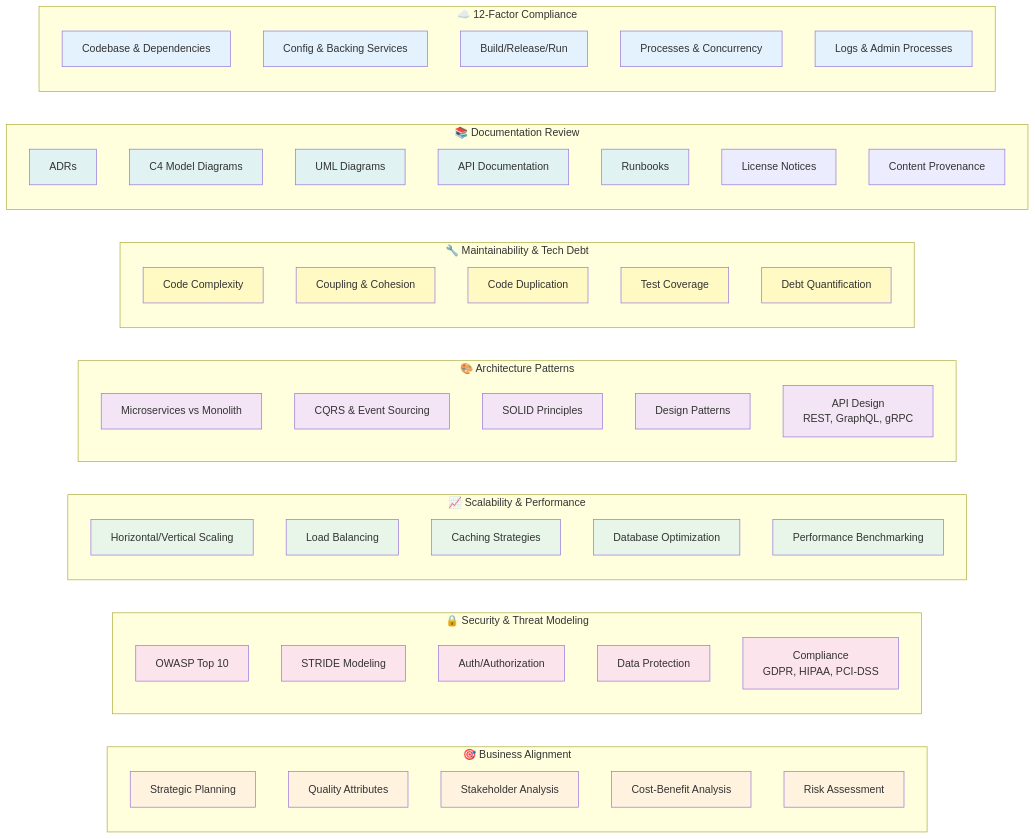
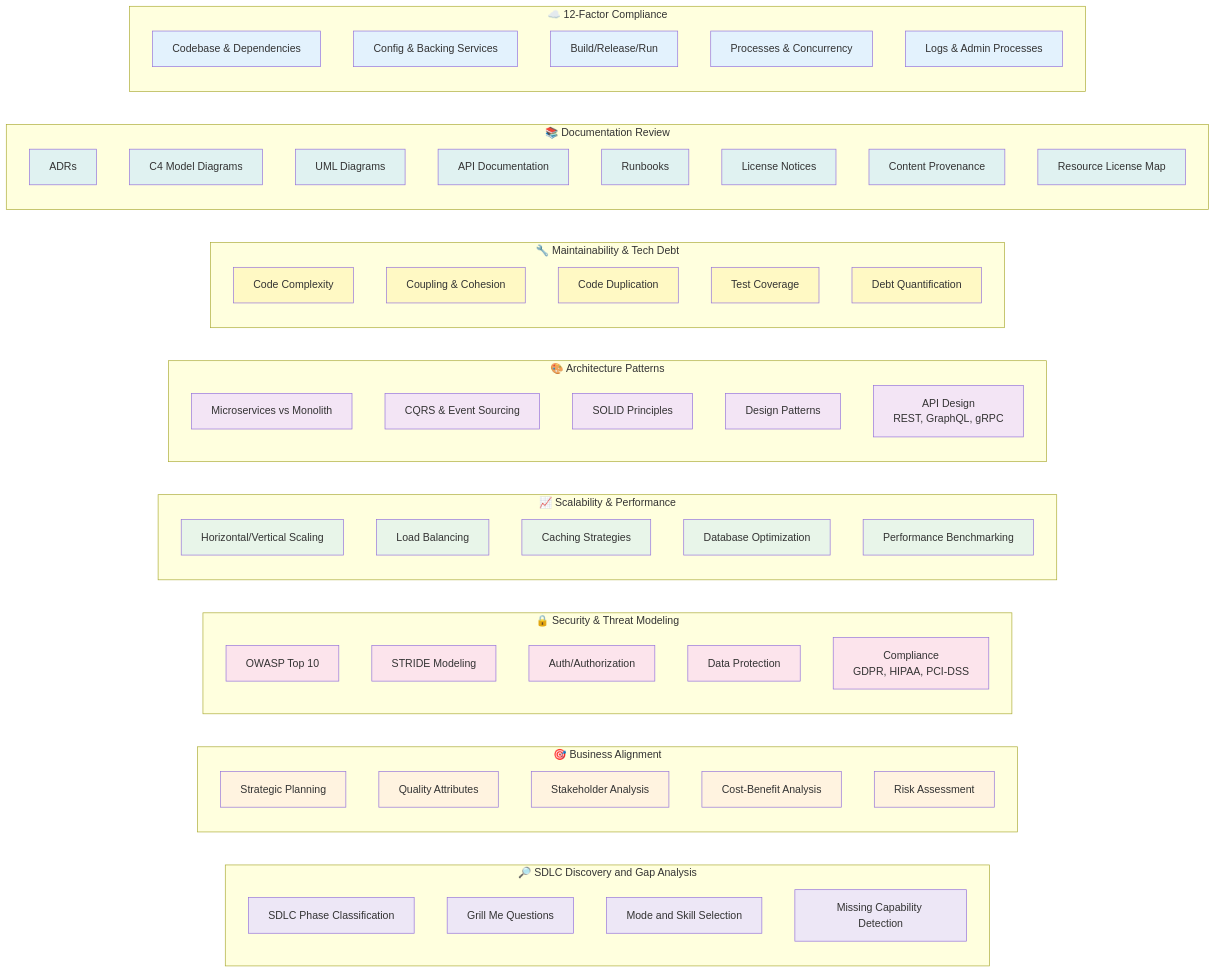
The second of 6 diagrams in .bob/documentation/diagramms/architecture-review-system.md (thomassuedbroecker/review_and_sdd_custom_ibm_bob_configuration_template), drawn with Mermaid before and after one commit. The commit also changed other lines of this file and 2 other files, not shown here.

First line of the commit message:
docs: align Bob review diagrams with mode and skill inventory

````diff
--- a/.bob/documentation/diagramms/architecture-review-system.md
+++ b/.bob/documentation/diagramms/architecture-review-system.md
@@ -61,5 +65,12 @@
 ```mermaid
 graph LR
+    subgraph "🔎 SDLC Discovery and Gap Analysis"
+        DG1[SDLC Phase Classification]
+        DG2[Grill Me Questions]
+        DG3[Mode and Skill Selection]
+        DG4[Missing Capability Detection]
+    end
+
     subgraph "🎯 Business Alignment"
         BA1[Strategic Planning]
         BA2[Quality Attributes]
@@ -108,6 +119,7 @@
         DR5[Runbooks]
         DR6[License Notices]
         DR7[Content Provenance]
+        DR8[Resource License Map]
     end
     
     subgraph "☁️ 12-Factor Compliance"
@@ -118,6 +130,11 @@
         TF5[Logs & Admin Processes]
     end
     
+    style DG1 fill:#ede7f6
+    style DG2 fill:#ede7f6
+    style DG3 fill:#ede7f6
+    style DG4 fill:#ede7f6
+
     style BA1 fill:#fff3e0
     style BA2 fill:#fff3e0
     style BA3 fill:#fff3e0
@@ -153,6 +170,9 @@
     style DR3 fill:#e0f2f1
     style DR4 fill:#e0f2f1
     style DR5 fill:#e0f2f1
+    style DR6 fill:#e0f2f1
+    style DR7 fill:#e0f2f1
+    style DR8 fill:#e0f2f1
     
     style TF1 fill:#e3f2fd
     style TF2 fill:#e3f2fd
````
